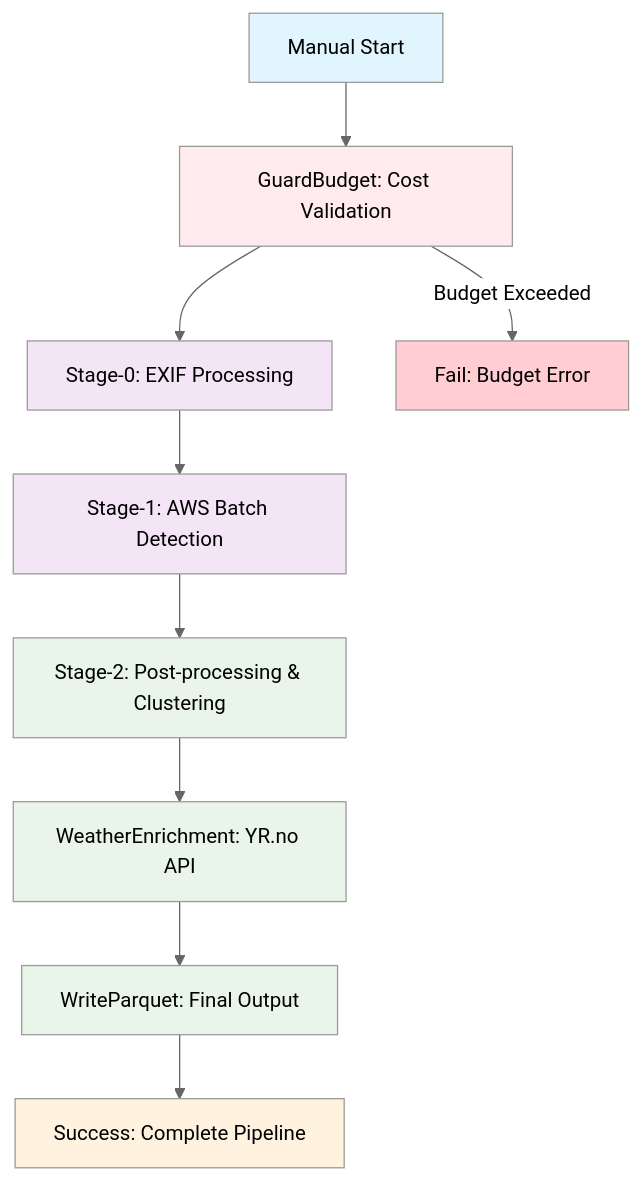
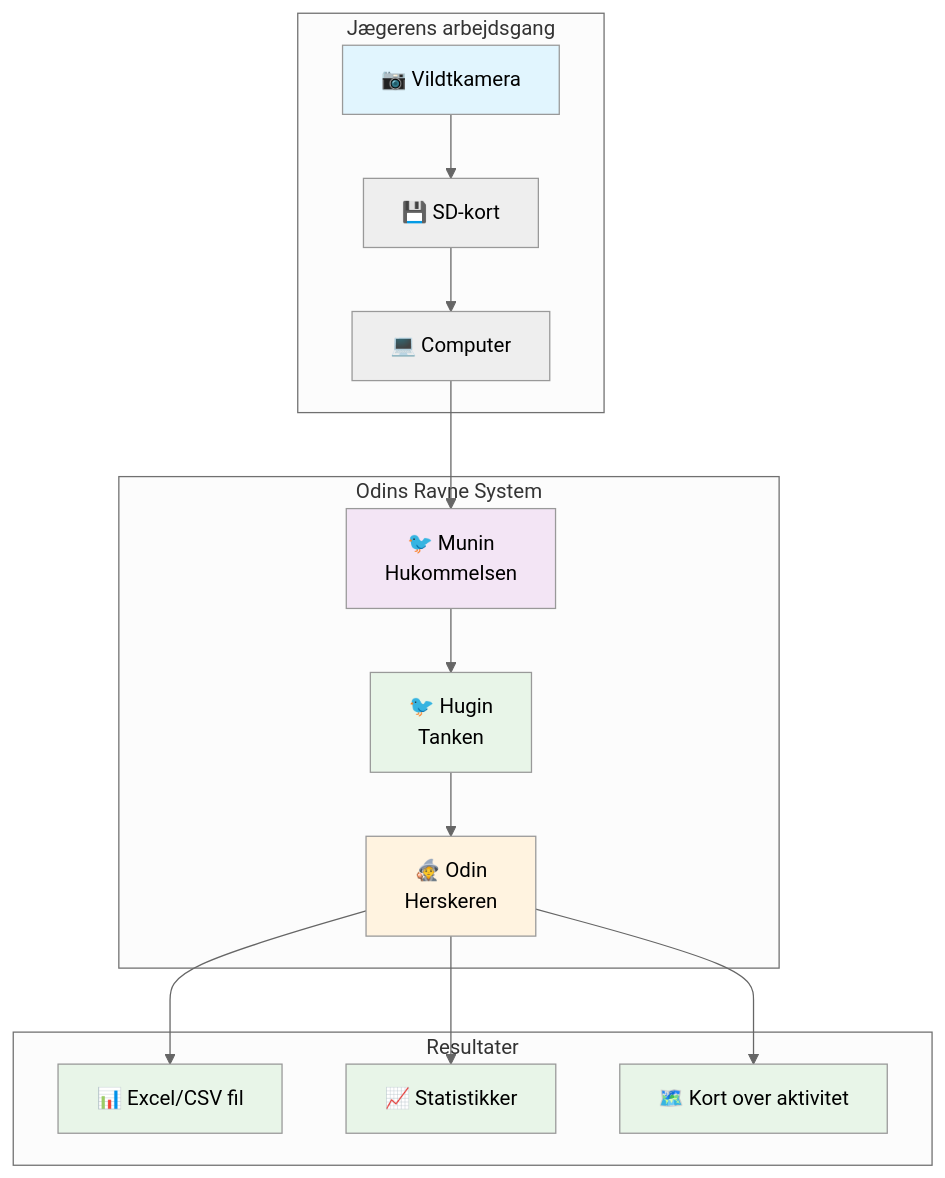
Before and after one commit to leeth/swedish_wildlife_cam: the second of 2 diagrams in README.md, drawn with Mermaid (neutral theme). The commit also changed other lines of this file and 2 other files, not shown here.

````diff
--- a/README.md
+++ b/README.md
@@ -71,22 +63,31 @@
 ```mermaid
-graph TD
-    A["Manual Start"] --> B["GuardBudget: Cost Validation"]
-    B --> C["Stage-0: EXIF Processing"]
-    C --> D["Stage-1: AWS Batch Detection"]
-    D --> E["Stage-2: Post-processing & Clustering"]
-    E --> F["WeatherEnrichment: YR.no API"]
-    F --> G["WriteParquet: Final Output"]
-    G --> H["Success: Complete Pipeline"]
+graph TB
+    subgraph "Jægerens arbejdsgang"
+        A[📷 Vildtkamera] --> B[💾 SD-kort]
+        B --> C[💻 Computer]
+    end
     
-    B -->|"Budget Exceeded"| I["Fail: Budget Error"]
+    subgraph "Odins Ravne System"
+        D[🐦 Munin<br/>Hukommelsen] --> E[🐦 Hugin<br/>Tanken]
+        E --> F[🧙 Odin<br/>Herskeren]
+    end
+    
+    subgraph "Resultater"
+        G[📊 Excel/CSV fil]
+        H[📈 Statistikker]
+        I[🗺️ Kort over aktivitet]
+    end
+    
+    C --> D
+    F --> G
+    F --> H
+    F --> I
     
     style A fill:#e1f5fe
-    style B fill:#ffebee
-    style C fill:#f3e5f5
     style D fill:#f3e5f5
     style E fill:#e8f5e8
-    style F fill:#e8f5e8
+    style F fill:#fff3e0
     style G fill:#e8f5e8
-    style H fill:#fff3e0
-    style I fill:#ffcdd2
+    style H fill:#e8f5e8
+    style I fill:#e8f5e8
 ```
````
